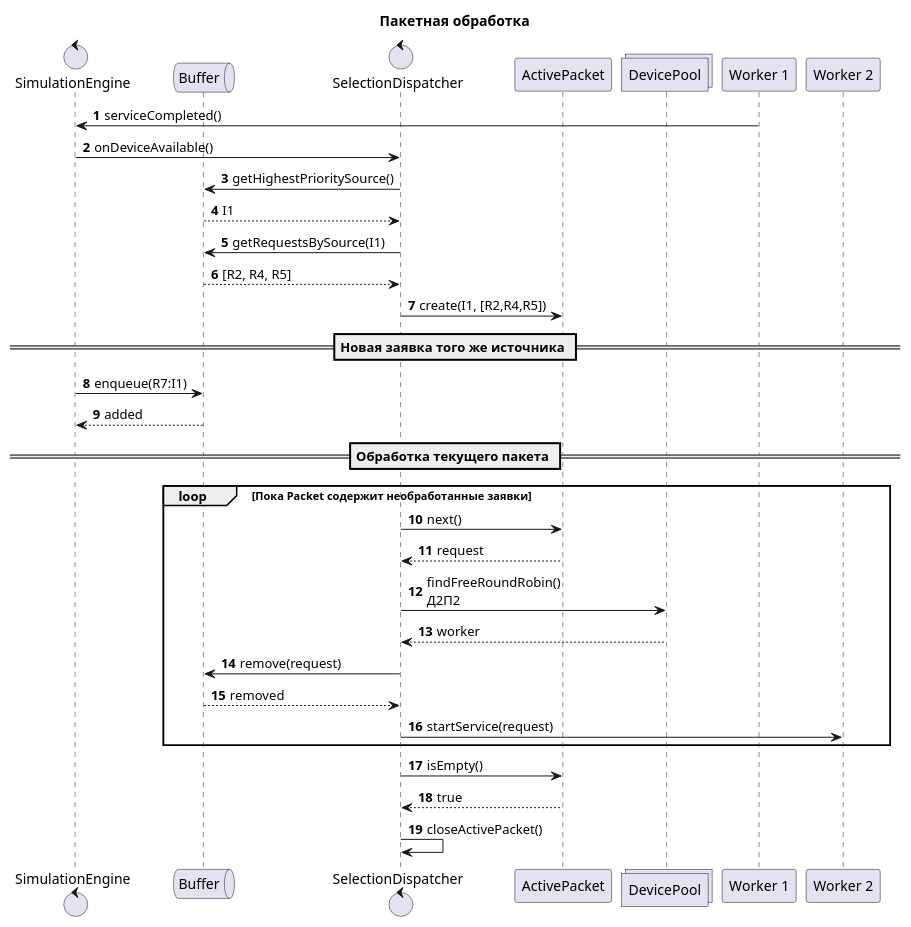
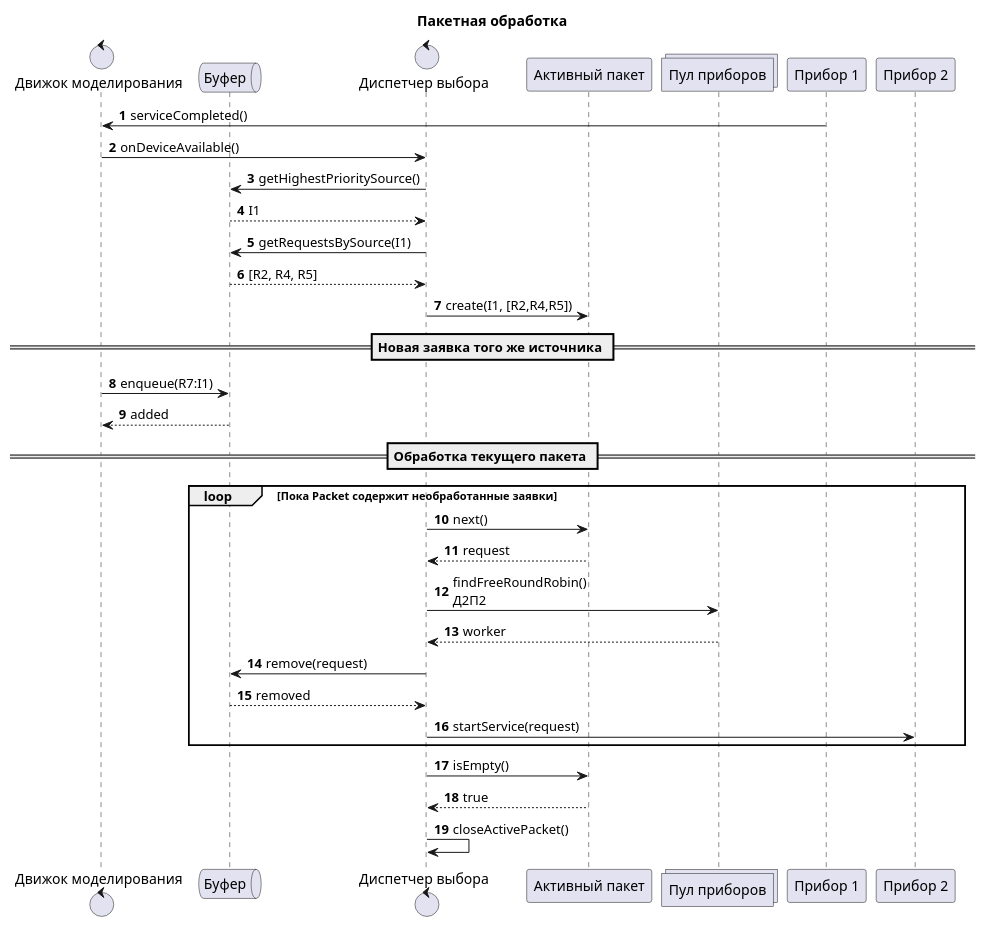
The diagram in 2 step/sequence/package-processing.puml (arcoirius/aps), drawn with PlantUML before and after one commit. The commit also changed 7 other files, not shown here.

```diff
--- a/2 step/sequence/package-processing.puml
+++ b/2 step/sequence/package-processing.puml
@@ -1,56 +1,56 @@
 @startuml title
 
 title Пакетная обработка
 
 skinparam backgroundColor #FFFFFF
 skinparam defaultFontColor #000000
 
 autonumber
 
-control "SimulationEngine" as Engine
-queue "Buffer" as Buffer
-control "SelectionDispatcher" as SD
-participant "ActivePacket" as Packet
-collections "DevicePool" as Devices
-participant "Worker 1" as W1
-participant "Worker 2" as W2
+control "Движок моделирования" as Engine
+queue "Буфер" as Buffer
+control "Диспетчер выбора" as SD
+participant "Активный пакет" as Packet
+collections "Пул приборов" as Devices
+participant "Прибор 1" as W1
+participant "Прибор 2" as W2
 
 W1 -> Engine: serviceCompleted()
 
 Engine -> SD: onDeviceAvailable()
 
 SD -> Buffer: getHighestPrioritySource()
 Buffer --> SD: I1
 
 SD -> Buffer: getRequestsBySource(I1)
 Buffer --> SD: [R2, R4, R5]
 
 SD -> Packet: create(I1, [R2,R4,R5])
 
 == Новая заявка того же источника ==
 
 Engine -> Buffer: enqueue(R7:I1)
 Buffer --> Engine: added
 
 == Обработка текущего пакета ==
 
 loop Пока Packet содержит необработанные заявки
 
     SD -> Packet: next()
     Packet --> SD: request
 
     SD -> Devices: findFreeRoundRobin()\nД2П2
     Devices --> SD: worker
 
     SD -> Buffer: remove(request)
     Buffer --> SD: removed
 
     SD -> W2: startService(request)
 
 end
 
 SD -> Packet: isEmpty()
 Packet --> SD: true
 
 SD -> SD: closeActivePacket()
 @enduml
```
